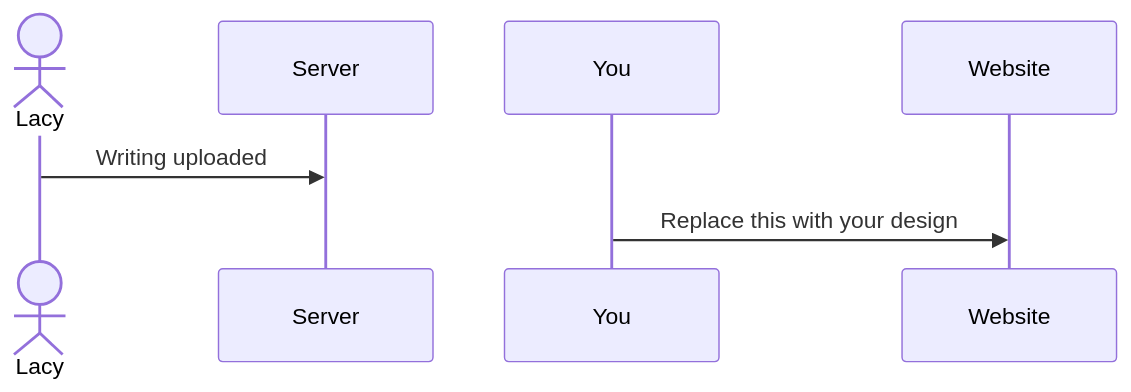
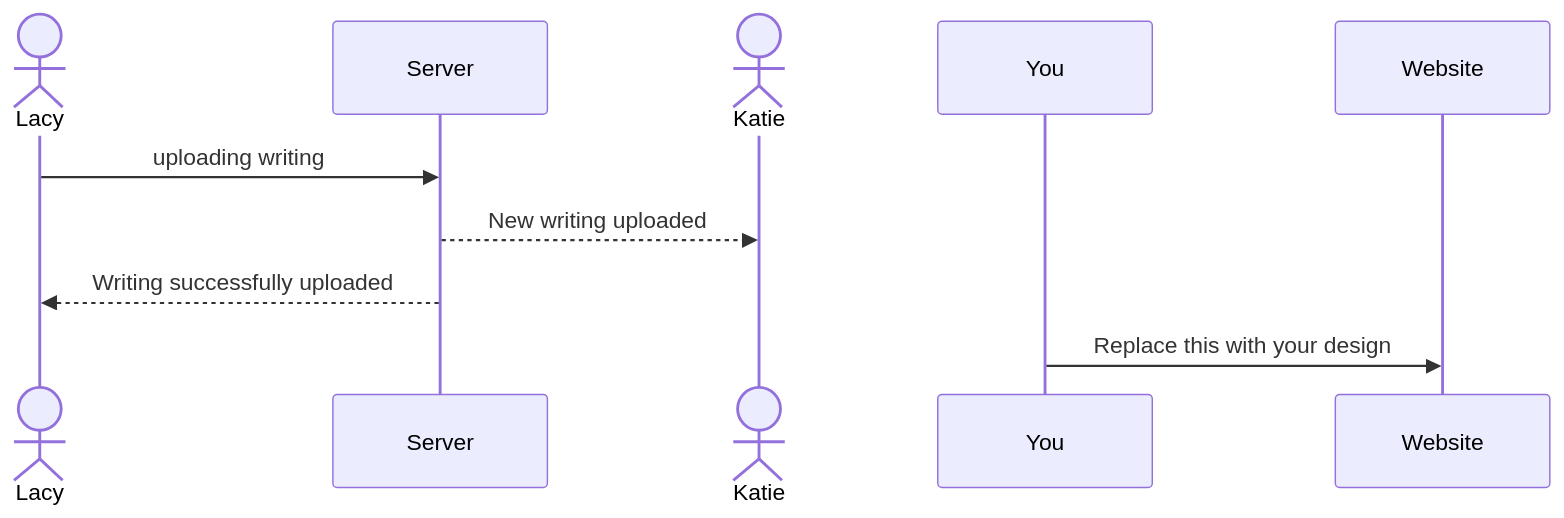
The diagram in README.md (lacyelln/startup), drawn with Mermaid before and after one commit.

Commit message:
Editing diagram

````diff
--- a/README.md
+++ b/README.md
@@ -42,6 +42,9 @@
 ```mermaid
 sequenceDiagram
     actor Lacy
-    Lacy->>Server: Writing uploaded
+    Lacy->>Server: uploading writing
+    actor Katie
+    Server -->>Katie: New writing uploaded
+    Server -->>Lacy: Writing successfully uploaded
     You->>Website: Replace this with your design
 ```
````
